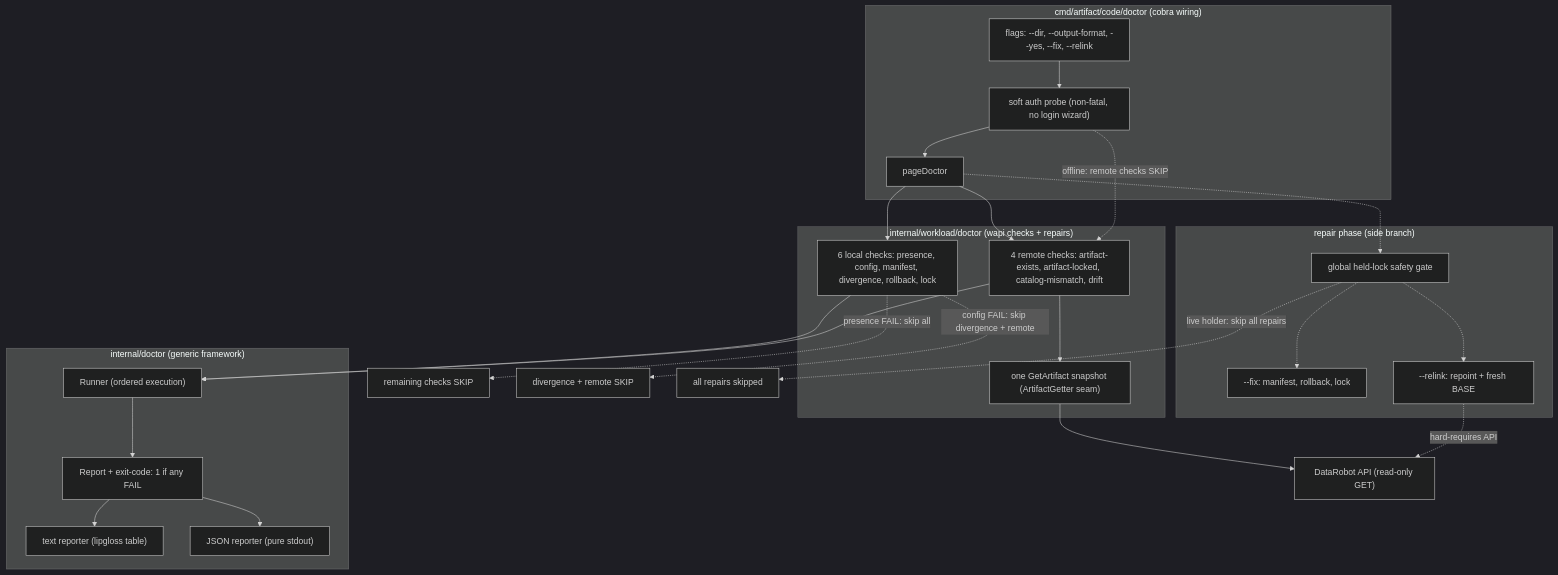
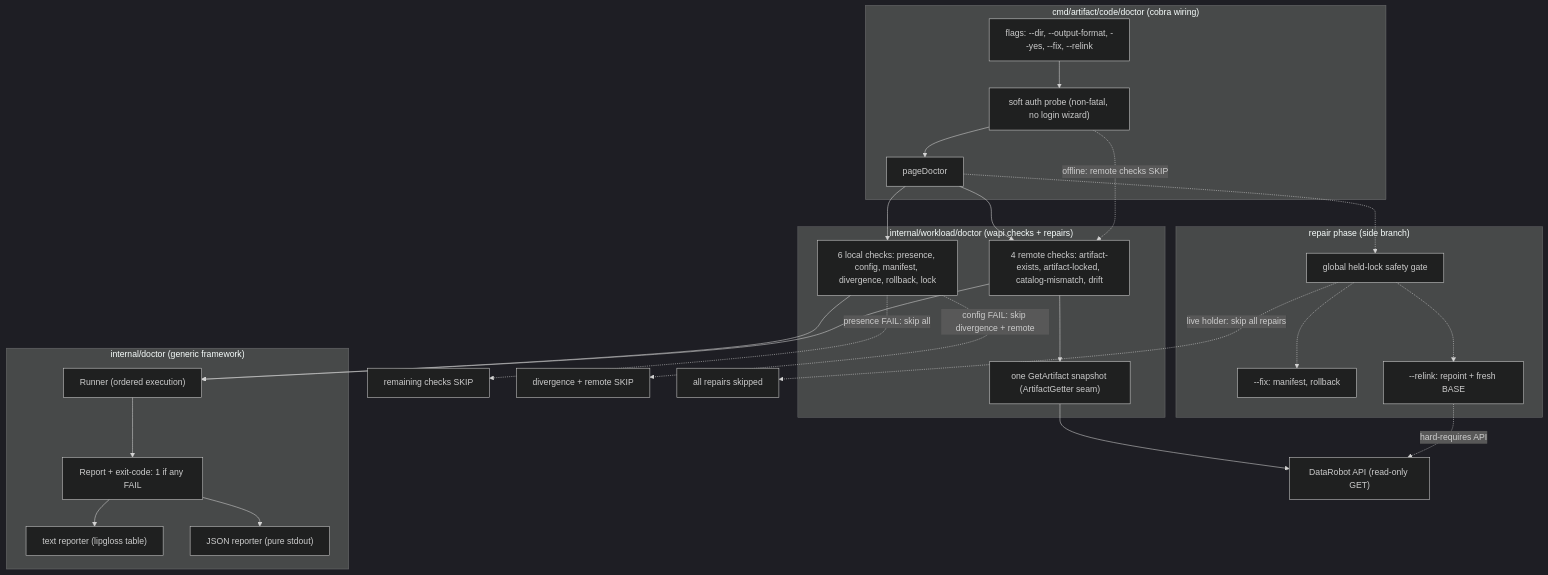
One commit to datarobot-oss/cli changed the first of 2 diagrams in docs/development/doctor.md. Above: the diagram before and after it, drawn with Mermaid (dark theme). The commit also changed other lines of this file and 20 other files, not shown here.

````diff
--- a/docs/development/doctor.md
+++ b/docs/development/doctor.md
@@ -49,51 +50,51 @@
 ```mermaid
 flowchart TD
     subgraph CMD["cmd/artifact/code/doctor (cobra wiring)"]
         F["flags: --dir, --output-format, --yes, --fix, --relink"]
         P["soft auth probe (non-fatal, no login wizard)"]
         RUN["pageDoctor"]
     end
 
     subgraph WL["internal/workload/doctor (wapi checks + repairs)"]
         L["6 local checks: presence, config, manifest, divergence, rollback, lock"]
         R["4 remote checks: artifact-exists, artifact-locked, catalog-mismatch, drift"]
         S["one GetArtifact snapshot (ArtifactGetter seam)"]
     end
 
     subgraph CORE["internal/doctor (generic framework)"]
         RN["Runner (ordered execution)"]
         REP["Report + exit-code: 1 if any FAIL"]
         T["text reporter (lipgloss table)"]
         J["JSON reporter (pure stdout)"]
     end
 
     API["DataRobot API (read-only GET)"]
 
     F --> P
     P --> RUN
     RUN --> L
     RUN --> R
     R --> S
     S --> API
     L --> RN
     R --> RN
     RN --> REP
     REP --> T
     REP --> J
 
     P -.->|"offline: remote checks SKIP"| R
     L -.->|"presence FAIL: skip all"| SK1["remaining checks SKIP"]
     L -.->|"config FAIL: skip divergence + remote"| SK2["divergence + remote SKIP"]
 
     subgraph REPAIR["repair phase (side branch)"]
         G["global held-lock safety gate"]
-        FIX["--fix: manifest, rollback, lock"]
+        FIX["--fix: manifest, rollback"]
         REL["--relink: repoint + fresh BASE"]
     end
 
     RUN -.-> G
     G -.->|"live holder: skip all repairs"| SK3["all repairs skipped"]
     G -.-> FIX
     G -.-> REL
     REL -.->|"hard-requires API"| API
 ```
````
